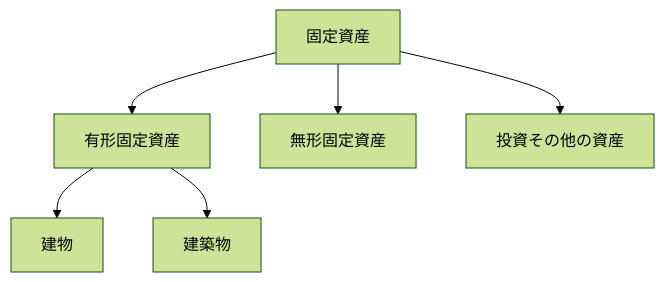
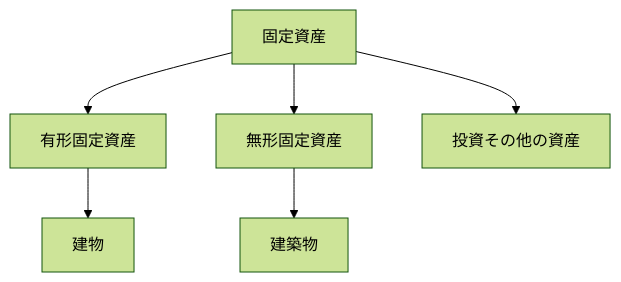
The diagram in 固定資産/固定資産の分類.md (bebetakumi/mermaid), drawn with Mermaid (forest theme) before and after one commit. The commit also changed other lines of this file, not shown here.

````diff
--- a/固定資産/固定資産の分類.md
+++ b/固定資産/固定資産の分類.md
@@ -1,16 +1,15 @@
 ```mermaid
 graph TD
 
 固定資産
 有形固定資産
 無形固定資産
 投資その他の資産
 建物
 建築物
 
 固定資産 --> 有形固定資産 --> 建物
-固定資産 --> 無形固定資産
+固定資産 --> 無形固定資産 --> 建築物
 固定資産 --> 投資その他の資産
 
-有形固定資産 --> 建築物
 ```
````
